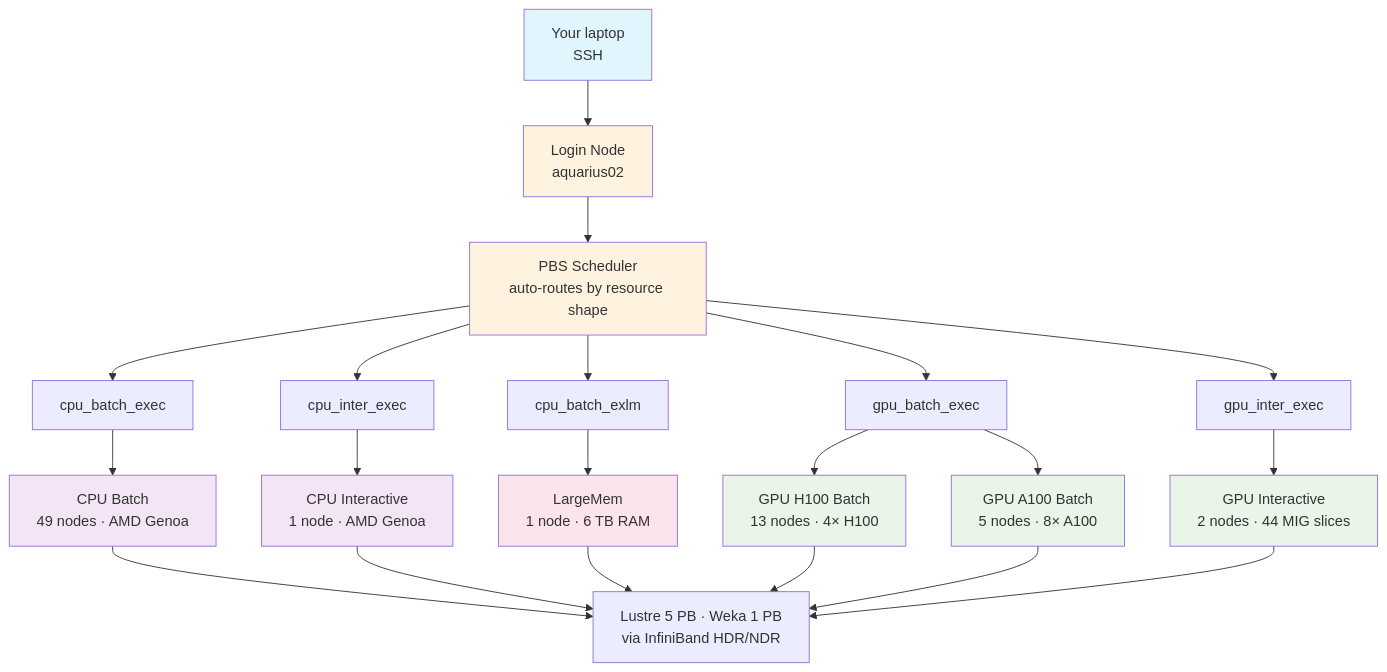
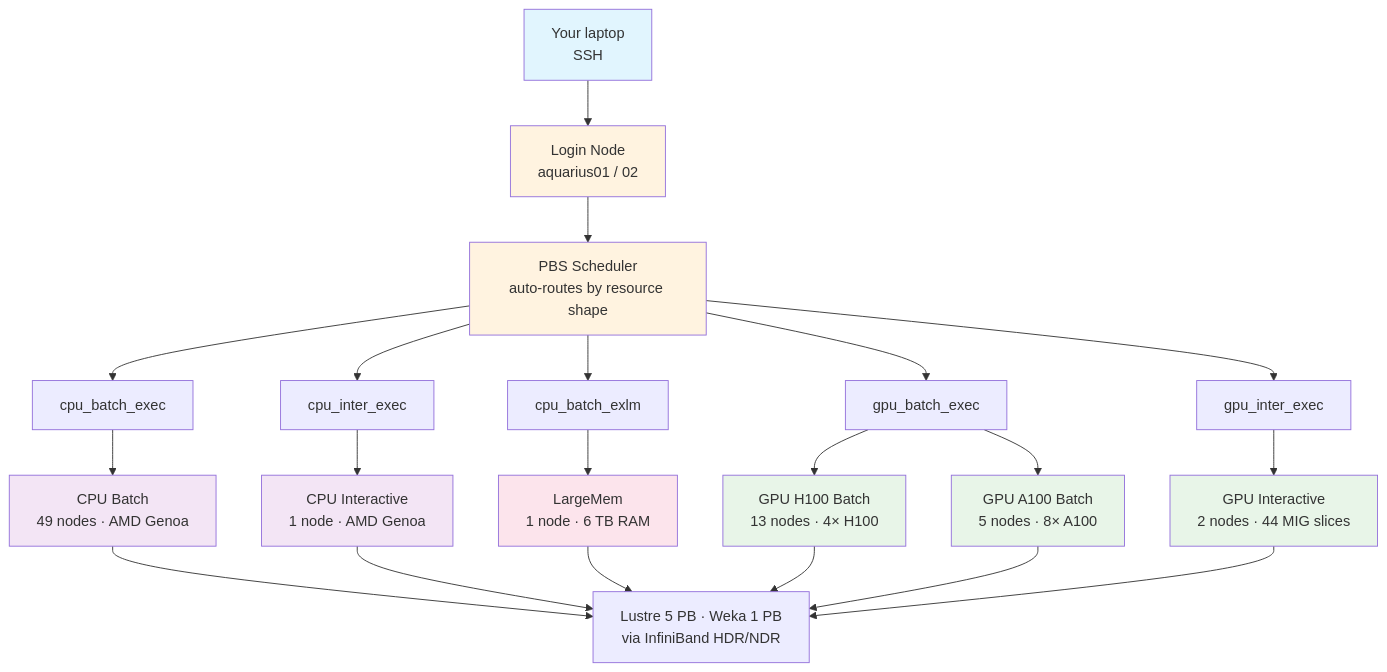
Before and after one commit to ZhipengHe/Walltime-Chronicles: the first of 3 diagrams in docs/scheduler/Know-Your-Nodes.md, drawn with Mermaid. The commit also changed other lines of this file and 12 other files, not shown here.

````diff
--- a/docs/scheduler/Know-Your-Nodes.md
+++ b/docs/scheduler/Know-Your-Nodes.md
@@ -12,35 +12,35 @@
 ```mermaid
 graph TB
-    User[Your laptop<br/>SSH] --> Login[Login Node<br/>aquarius02]
+    User[Your laptop<br/>SSH] --> Login[Login Node<br/>aquarius01 / 02]
     Login --> PBS[PBS Scheduler<br/>auto-routes by resource shape]
 
     PBS --> Q1[cpu_batch_exec]
     PBS --> Q2[cpu_inter_exec]
     PBS --> Q3[cpu_batch_exlm]
     PBS --> Q4[gpu_batch_exec]
     PBS --> Q5[gpu_inter_exec]
 
     Q1 --> CPUB[CPU Batch<br/>49 nodes · AMD Genoa]
     Q2 --> CPUI[CPU Interactive<br/>1 node · AMD Genoa]
     Q3 --> LM[LargeMem<br/>1 node · 6 TB RAM]
     Q4 --> GPUH[GPU H100 Batch<br/>13 nodes · 4× H100]
     Q4 --> GPUA[GPU A100 Batch<br/>5 nodes · 8× A100]
     Q5 --> GPUI[GPU Interactive<br/>2 nodes · 44 MIG slices]
 
     CPUB --> FS[Lustre 5 PB · Weka 1 PB<br/>via InfiniBand HDR/NDR]
     CPUI --> FS
     LM --> FS
     GPUH --> FS
     GPUA --> FS
     GPUI --> FS
 
     style User fill:#e1f5fe
     style Login fill:#fff3e0
     style PBS fill:#fff3e0
     style CPUB fill:#f3e5f5
     style CPUI fill:#f3e5f5
     style LM fill:#fce4ec
     style GPUH fill:#e8f5e8
     style GPUA fill:#e8f5e8
     style GPUI fill:#e8f5e8
 ```
````
